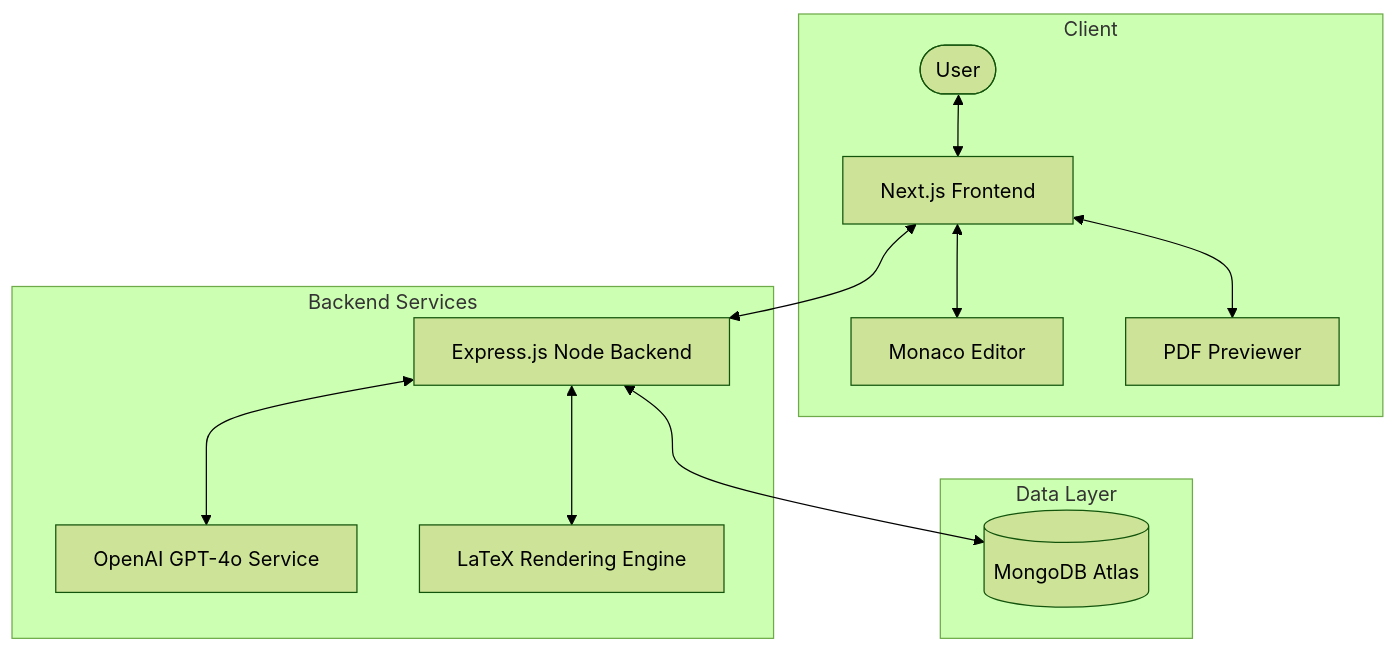
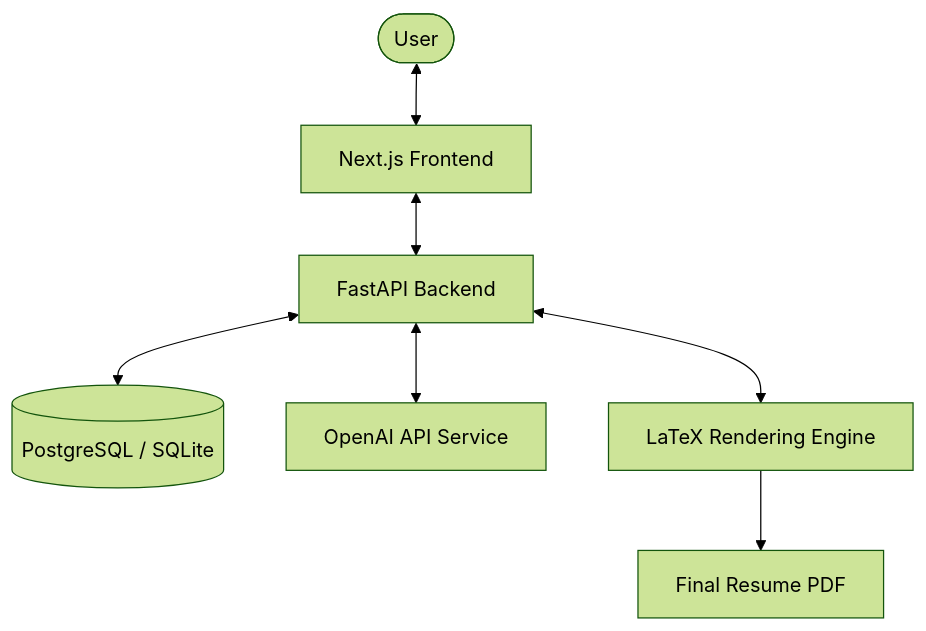
The first of 2 diagrams in README.md (SAMI-CODEAI/Controlled-AI-Resume-Personalization), drawn with Mermaid (forest theme) before and after one commit. The commit also changed other lines of this file, not shown here.

````diff
--- a/README.md
+++ b/README.md
@@ -61,16 +41,9 @@
 ```mermaid
 graph TD
-    subgraph Client
-        User([User]) <--> Web[Next.js Frontend]
-        Web <--> Monaco[Monaco Editor]
-        Web <--> PDFView[PDF Previewer]
-    end
-    subgraph Backend_Services [Backend Services]
-        Web <--> API[Express.js Node Backend]
-        API <--> LLM[OpenAI GPT-4o Service]
-        API <--> LaTeX[LaTeX Rendering Engine]
-    end
-    subgraph Data_Layer [Data Layer]
-        API <--> DB[(MongoDB Atlas)]
-    end
+    User([User]) <--> Frontend[Next.js Frontend]
+    Frontend <--> API[FastAPI Backend]
+    API <--> DB[(PostgreSQL / SQLite)]
+    API <--> AI[OpenAI API Service]
+    API <--> LaTeX[LaTeX Rendering Engine]
+    LaTeX --> PDF[Final Resume PDF]
 ```
````
